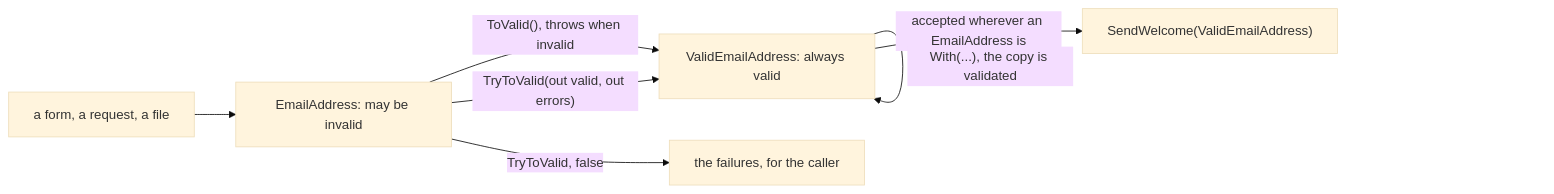
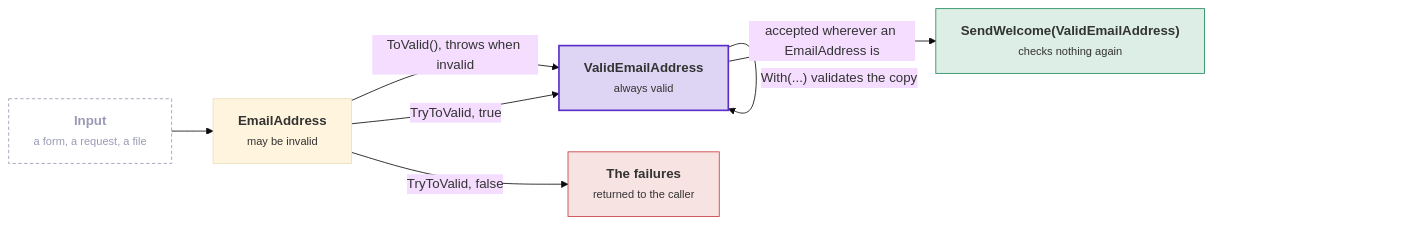
The diagram in docs/value-objects.md (DylanSnel/DDDToolkit), drawn with Mermaid (base theme) before and after one commit. The commit also changed other lines of this file and 41 other files, not shown here.

First line of the commit message:
Docs: plain prose, one word per concept, and readable diagrams on every page

````diff
--- a/docs/value-objects.md
+++ b/docs/value-objects.md
@@ -220,9 +230,22 @@
 ```mermaid
 flowchart LR
-    Input["a form, a request, a file"] --> Plain["EmailAddress: may be invalid"]
-    Plain -->|"ToValid(), throws when invalid"| Valid["ValidEmailAddress: always valid"]
-    Plain -->|"TryToValid(out valid, out errors)"| Valid
-    Plain -->|"TryToValid, false"| Errors["the failures, for the caller"]
-    Valid -->|"accepted wherever an EmailAddress is"| Use["SendWelcome(ValidEmailAddress)"]
-    Valid -->|"With(...), the copy is validated"| Valid
+    input["<b>Input</b><br/><small>a form, a request, a file</small>"]
+    plain["<b>EmailAddress</b><br/><small>may be invalid</small>"]
+    valid["<b>ValidEmailAddress</b><br/><small>always valid</small>"]
+    errors["<b>The failures</b><br/><small>returned to the caller</small>"]
+    use["<b>SendWelcome(ValidEmailAddress)</b><br/><small>checks nothing again</small>"]
+    input --> plain
+    plain -->|"ToValid(), throws when invalid"| valid
+    plain -->|"TryToValid, true"| valid
+    plain -->|"TryToValid, false"| errors
+    valid -->|"accepted wherever an EmailAddress is"| use
+    valid -->|"With(...) validates the copy"| valid
+    classDef strong fill:#5b2ec933,stroke:#5b2ec9,stroke-width:2px
+    classDef good fill:#1f8a5b26,stroke:#1f8a5b
+    classDef muted fill:none,stroke:#9a9ab5,stroke-dasharray:4 3,color:#9a9ab5
+    classDef bad fill:#c93c3c24,stroke:#c93c3c
+    class valid strong
+    class use good
+    class errors bad
+    class input muted
 ```
````
